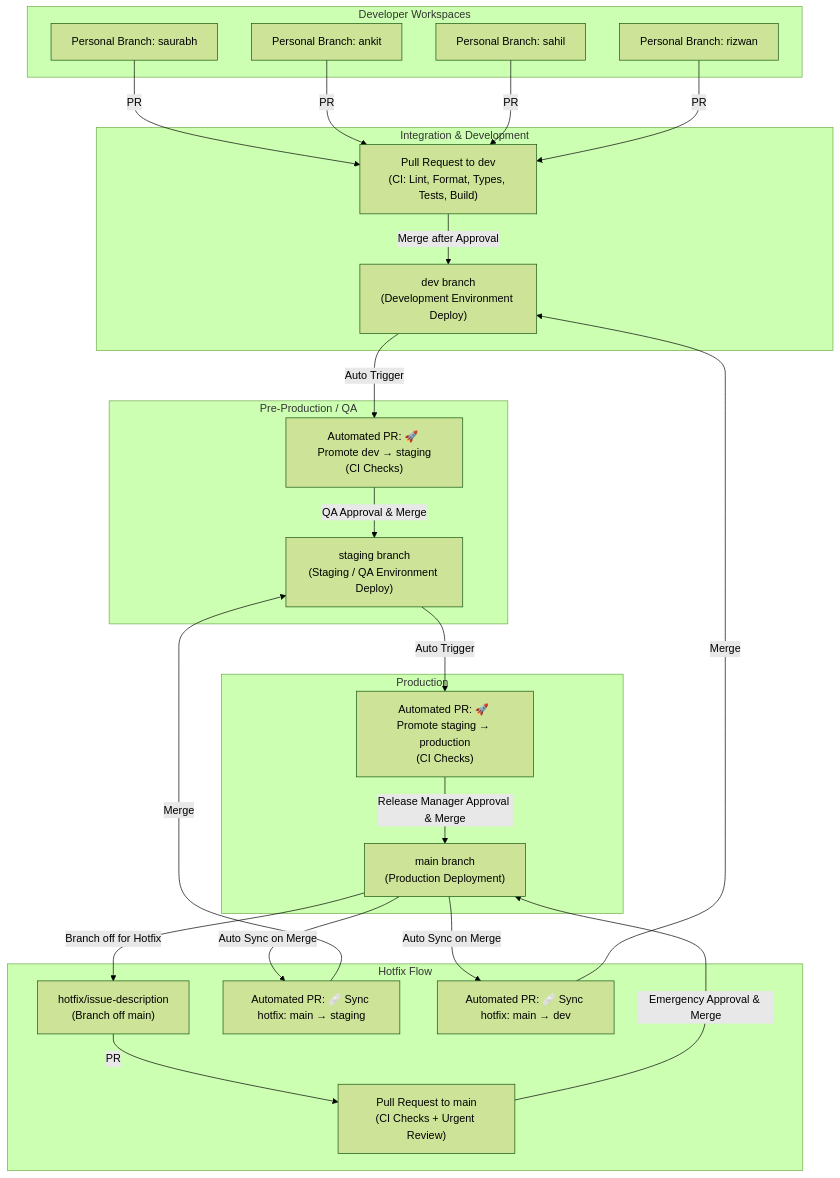
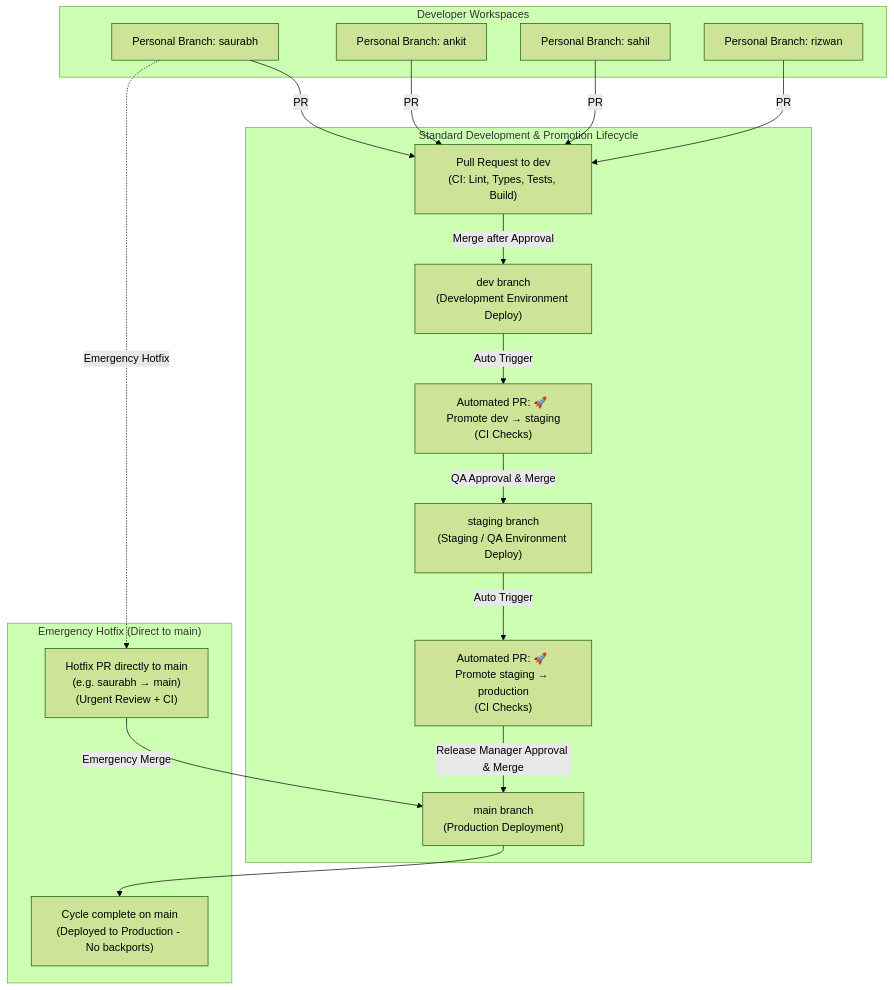
Before and after one commit to Goofy105114/Hospital-Management-System: the diagram in docs/git-workflow-guide.md, drawn with Mermaid (forest theme). The commit also changed other lines of this file and 2 other files, not shown here.

Commit message:
ci: remove prettier check and remove hotfix backport workflow

````diff
--- a/docs/git-workflow-guide.md
+++ b/docs/git-workflow-guide.md
@@ -7,51 +7,39 @@
 ```mermaid
 flowchart TD
     subgraph DeveloperWorkspaces["Developer Workspaces"]
         dev1["Personal Branch: saurabh"]
         dev2["Personal Branch: ankit"]
         dev3["Personal Branch: sahil"]
         dev4["Personal Branch: rizwan"]
     end
 
-    subgraph IntegrationStage["Integration & Development"]
-        PR_Dev["Pull Request to dev\n(CI: Lint, Format, Types, Tests, Build)"]
+    subgraph StandardFlow["Standard Development & Promotion Lifecycle"]
+        PR_Dev["Pull Request to dev\n(CI: Lint, Types, Tests, Build)"]
         dev["dev branch\n(Development Environment Deploy)"]
-    end
-
-    subgraph StagingStage["Pre-Production / QA"]
         AutoPR_Staging["Automated PR: 🚀 Promote dev → staging\n(CI Checks)"]
         staging["staging branch\n(Staging / QA Environment Deploy)"]
-    end
-
-    subgraph ProductionStage["Production"]
         AutoPR_Prod["Automated PR: 🚀 Promote staging → production\n(CI Checks)"]
         main["main branch\n(Production Deployment)"]
     end
 
-    subgraph HotfixTrack["Hotfix Flow"]
-        hotfix["hotfix/issue-description\n(Branch off main)"]
-        PR_Hotfix["Pull Request to main\n(CI Checks + Urgent Review)"]
-        Backport_Staging["Automated PR: 🩹 Sync hotfix: main → staging"]
-        Backport_Dev["Automated PR: 🩹 Sync hotfix: main → dev"]
+    subgraph HotfixFlow["Emergency Hotfix (Direct to main)"]
+        HotfixPR["Hotfix PR directly to main\n(e.g. saurabh → main)\n(Urgent Review + CI)"]
+        Done["Cycle complete on main\n(Deployed to Production - No backports)"]
     end
 
     dev1 -->|PR| PR_Dev
     dev2 -->|PR| PR_Dev
     dev3 -->|PR| PR_Dev
     dev4 -->|PR| PR_Dev
     PR_Dev -->|Merge after Approval| dev
 
     dev -->|Auto Trigger| AutoPR_Staging
     AutoPR_Staging -->|QA Approval & Merge| staging
 
     staging -->|Auto Trigger| AutoPR_Prod
     AutoPR_Prod -->|Release Manager Approval & Merge| main
 
-    main -->|Branch off for Hotfix| hotfix
-    hotfix -->|PR| PR_Hotfix
-    PR_Hotfix -->|Emergency Approval & Merge| main
-    main -->|Auto Sync on Merge| Backport_Staging
-    main -->|Auto Sync on Merge| Backport_Dev
-    Backport_Staging -->|Merge| staging
-    Backport_Dev -->|Merge| dev
+    dev1 -.->|Emergency Hotfix| HotfixPR
+    HotfixPR -->|Emergency Merge| main
+    main --> Done
 ```
````
